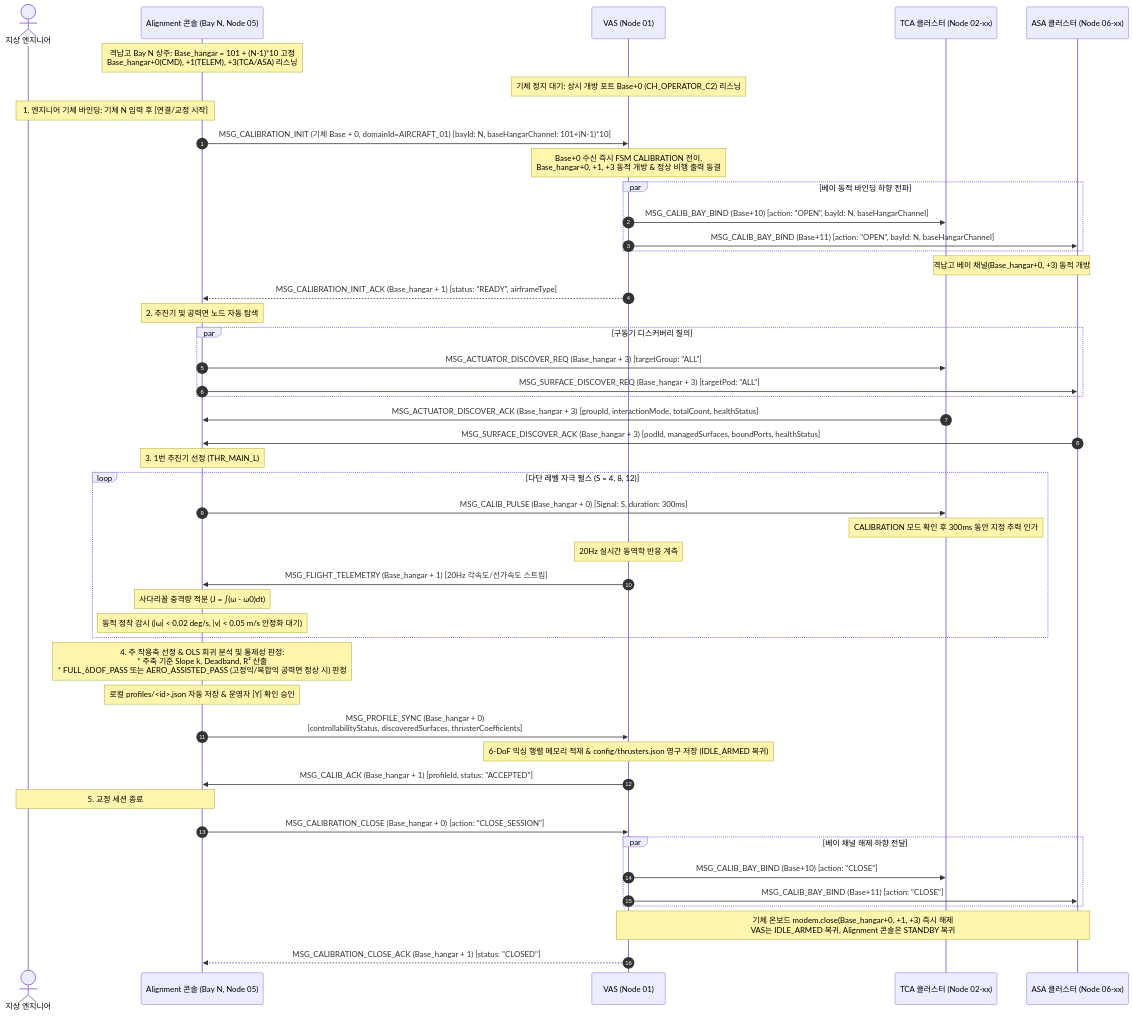
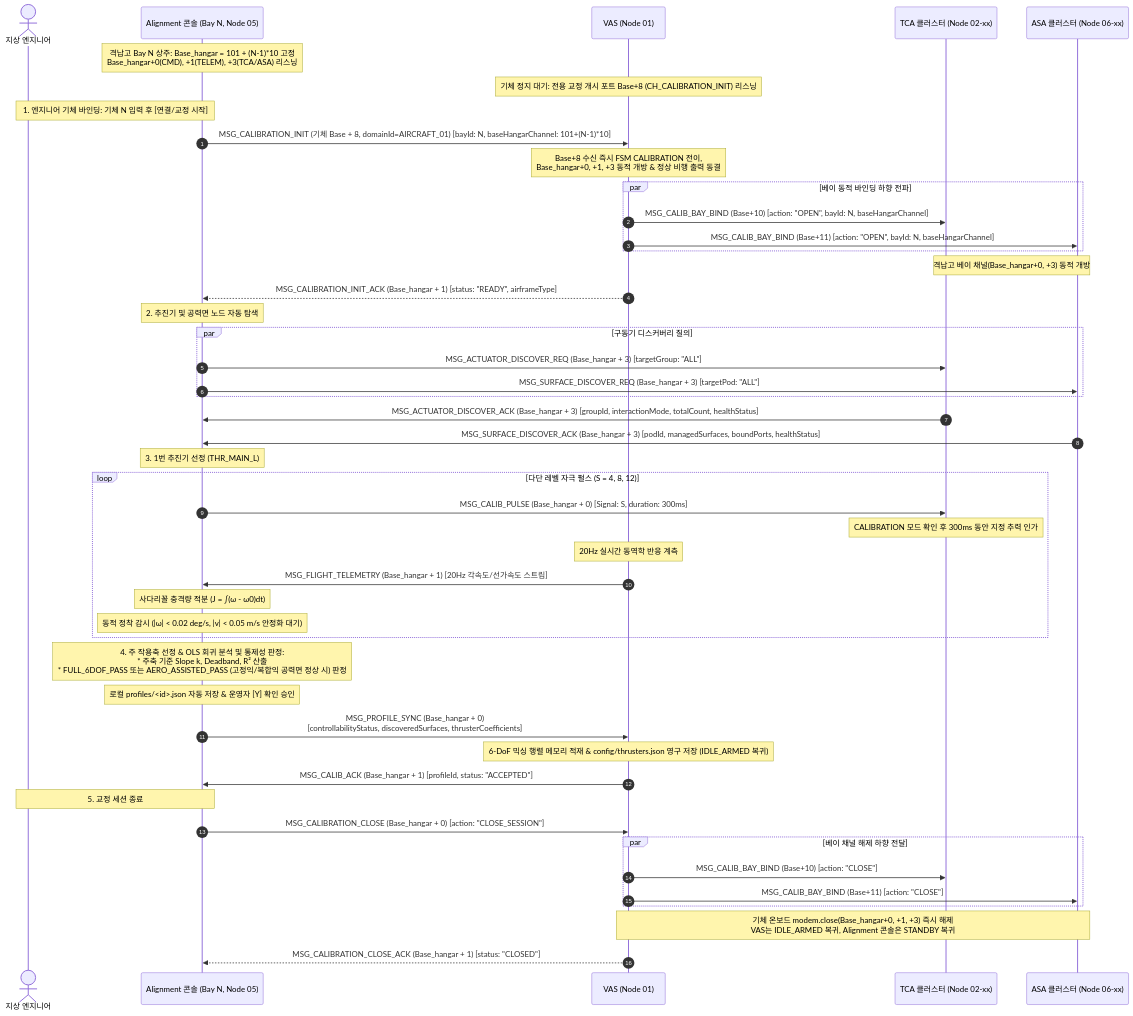
Before and after one commit to Polimachi/Aeroneutics_Autopilot: the sixth of 9 diagrams in docs/system/SYSTEM_PROGRAM_RELATION_AND_PACKET_DIAGRAM.md, drawn with Mermaid. The commit also changed other lines of this file and 10 other files, not shown here.

````diff
--- a/docs/system/SYSTEM_PROGRAM_RELATION_AND_PACKET_DIAGRAM.md
+++ b/docs/system/SYSTEM_PROGRAM_RELATION_AND_PACKET_DIAGRAM.md
@@ -513,56 +514,56 @@
 ```mermaid
 sequenceDiagram
     autonumber
     actor ENG as 지상 엔지니어
     participant A as Alignment 콘솔 (Bay N, Node 05)
     participant C as VAS (Node 01)
     participant T as TCA 클러스터 (Node 02-xx)
     participant W as ASA 클러스터 (Node 06-xx)
 
     Note over A: 격납고 Bay N 상주: Base_hangar = 101 + (N-1)*10 고정<br/>Base_hangar+0(CMD), +1(TELEM), +3(TCA/ASA) 리스닝
-    Note over C: 기체 정지 대기: 상시 개방 포트 Base+0 (CH_OPERATOR_C2) 리스닝
+    Note over C: 기체 정지 대기: 전용 교정 개시 포트 Base+8 (CH_CALIBRATION_INIT) 리스닝
 
     Note over ENG,A: 1. 엔지니어 기체 바인딩: 기체 N 입력 후 [연결/교정 시작]
-    A->>C: MSG_CALIBRATION_INIT (기체 Base + 0, domainId=AIRCRAFT_01) [bayId: N, baseHangarChannel: 101+(N-1)*10]
-    Note over C: Base+0 수신 즉시 FSM CALIBRATION 전이,<br/>Base_hangar+0, +1, +3 동적 개방 & 정상 비행 출력 동결
+    A->>C: MSG_CALIBRATION_INIT (기체 Base + 8, domainId=AIRCRAFT_01) [bayId: N, baseHangarChannel: 101+(N-1)*10]
+    Note over C: Base+8 수신 즉시 FSM CALIBRATION 전이,<br/>Base_hangar+0, +1, +3 동적 개방 & 정상 비행 출력 동결
     par 베이 동적 바인딩 하향 전파
         C->>T: MSG_CALIB_BAY_BIND (Base+10) [action: "OPEN", bayId: N, baseHangarChannel]
         C->>W: MSG_CALIB_BAY_BIND (Base+11) [action: "OPEN", bayId: N, baseHangarChannel]
     end
     Note over T,W: 격납고 베이 채널(Base_hangar+0, +3) 동적 개방
     C-->>A: MSG_CALIBRATION_INIT_ACK (Base_hangar + 1) [status: "READY", airframeType]
 
     Note over A: 2. 추진기 및 공력면 노드 자동 탐색
     par 구동기 디스커버리 질의
         A->>T: MSG_ACTUATOR_DISCOVER_REQ (Base_hangar + 3) [targetGroup: "ALL"]
         A->>W: MSG_SURFACE_DISCOVER_REQ (Base_hangar + 3) [targetPod: "ALL"]
     end
     T->>A: MSG_ACTUATOR_DISCOVER_ACK (Base_hangar + 3) [groupId, interactionMode, totalCount, healthStatus]
     W->>A: MSG_SURFACE_DISCOVER_ACK (Base_hangar + 3) [podId, managedSurfaces, boundPorts, healthStatus]
 
     Note over A: 3. 1번 추진기 선정 (THR_MAIN_L)
     loop 다단 레벨 자극 펄스 (S = 4, 8, 12)
         A->>T: MSG_CALIB_PULSE (Base_hangar + 0) [Signal: S, duration: 300ms]
         Note over T: CALIBRATION 모드 확인 후 300ms 동안 지정 추력 인가
         Note over C: 20Hz 실시간 동역학 반응 계측
         C->>A: MSG_FLIGHT_TELEMETRY (Base_hangar + 1) [20Hz 각속도/선가속도 스트림]
         Note over A: 사다리꼴 충격량 적분 (J = ∫(ω - ω0)dt)
         Note over A: 동적 정착 감시 (|ω| < 0.02 deg/s, |v| < 0.05 m/s 안정화 대기)
     end
 
     Note over A: 4. 주 작용축 선정 & OLS 회귀 분석 및 통제성 판정:<br/>* 주축 기준 Slope k, Deadband, R² 산출<br/>* FULL_6DOF_PASS 또는 AERO_ASSISTED_PASS (고정익/복합익 공력면 정상 시) 판정
     Note over A: 로컬 profiles/<id>.json 자동 저장 & 운영자 [Y] 확인 승인
 
     A->>C: MSG_PROFILE_SYNC (Base_hangar + 0)<br/>[controllabilityStatus, discoveredSurfaces, thrusterCoefficients]
     Note over C: 6-DoF 믹싱 행렬 메모리 적재 & config/thrusters.json 영구 저장 (IDLE_ARMED 복귀)
     C->>A: MSG_CALIB_ACK (Base_hangar + 1) [profileId, status: "ACCEPTED"]
 
     Note over ENG,A: 5. 교정 세션 종료
     A->>C: MSG_CALIBRATION_CLOSE (Base_hangar + 0) [action: "CLOSE_SESSION"]
     par 베이 채널 해제 하향 전달
         C->>T: MSG_CALIB_BAY_BIND (Base+10) [action: "CLOSE"]
         C->>W: MSG_CALIB_BAY_BIND (Base+11) [action: "CLOSE"]
     end
     Note over C,W: 기체 온보드 modem.close(Base_hangar+0, +1, +3) 즉시 해제<br/>VAS는 IDLE_ARMED 복귀, Alignment 콘솔은 STANDBY 복귀
     C-->>A: MSG_CALIBRATION_CLOSE_ACK (Base_hangar + 1) [status: "CLOSED"]
 ```
````
